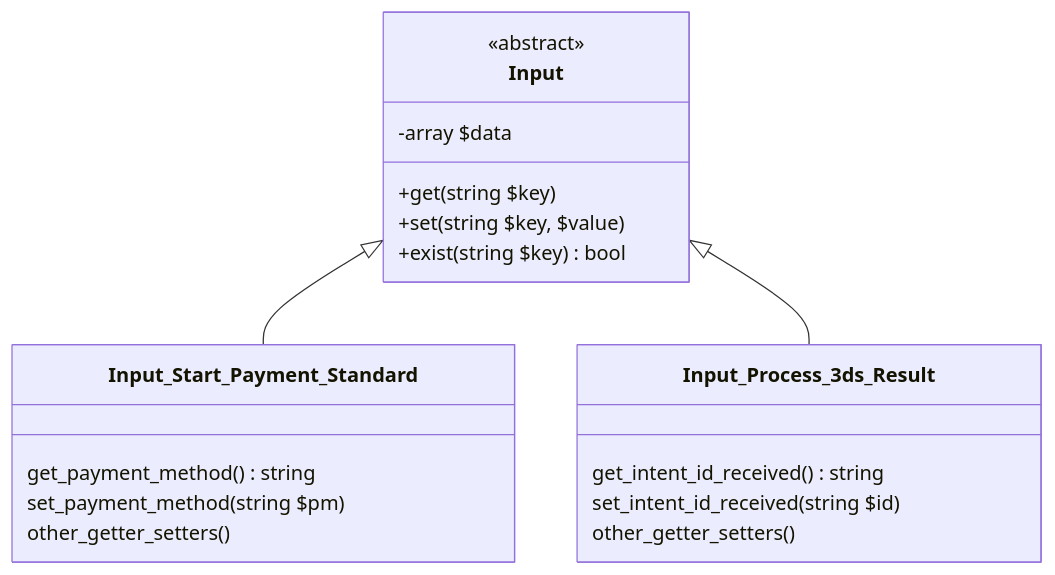
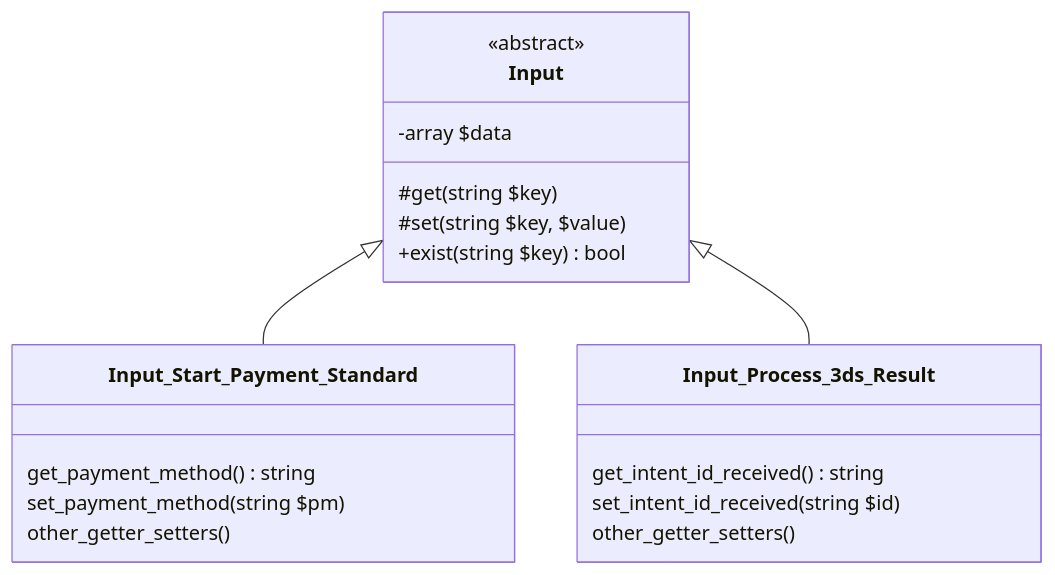
One commit to Automattic/woocommerce-payments changed the first of 4 diagrams in docs/state-machine.md. Above: the diagram before and after it, drawn with Mermaid. The commit also changed other lines of this file and 1 other file, not shown here.

````diff
--- a/docs/state-machine.md
+++ b/docs/state-machine.md
@@ -18,20 +18,20 @@
 ```mermaid
 classDiagram
   Input <|-- Input_Start_Payment_Standard
   Input <|-- Input_Process_3ds_Result
   <<abstract>> Input
   Input: -array $data
-  Input: +get( string $key )
-  Input: +set( string $key, $value )
+  Input: #get( string $key )
+  Input: #set( string $key, $value )
   Input: +exist( string $key ) bool
   
   Input_Start_Payment_Standard: get_payment_method() string
   Input_Start_Payment_Standard: set_payment_method(string $pm)
   Input_Start_Payment_Standard: other_getter_setters()
   
   Input_Process_3ds_Result: get_intent_id_received() string
   Input_Process_3ds_Result: set_intent_id_received(string $id)
   Input_Process_3ds_Result: other_getter_setters()
 
 
 ```
````
